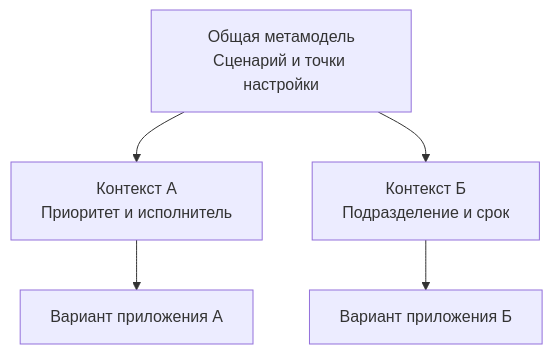
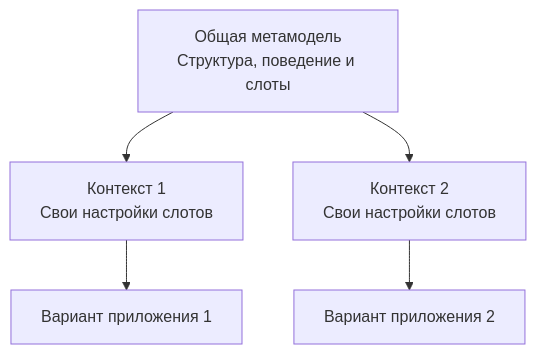
One commit to endge-lab/configurator-docs changed the third of 4 diagrams in docs/product-v2/index.md. Above: the diagram before and after it, drawn with Mermaid. The commit also changed other lines of this file and 6 other files, not shown here.

````diff
--- a/docs/product-v2/index.md
+++ b/docs/product-v2/index.md
@@ -37,15 +74,13 @@
 ```mermaid
 flowchart TB
-  MODEL["Общая метамодель<br/>Сценарий и точки настройки"]
-  A["Контекст А<br/>Приоритет и исполнитель"]
-  B["Контекст Б<br/>Подразделение и срок"]
-  APP_A["Вариант приложения А"]
-  APP_B["Вариант приложения Б"]
-  MODEL --> A
-  MODEL --> B
-  A --> APP_A
-  B --> APP_B
+  MODEL["Общая метамодель<br/>Структура, поведение и слоты"]
+  C1["Контекст 1<br/>Свои настройки слотов"]
+  C2["Контекст 2<br/>Свои настройки слотов"]
+  V1["Вариант приложения 1"]
+  V2["Вариант приложения 2"]
+  MODEL --> C1 --> V1
+  MODEL --> C2 --> V2
   class MODEL endgeRegistry
-  class A,B endgeInput
-  class APP_A,APP_B endgeSuccess
+  class C1,C2 endgeInput
+  class V1,V2 endgeSuccess
 ```
````
